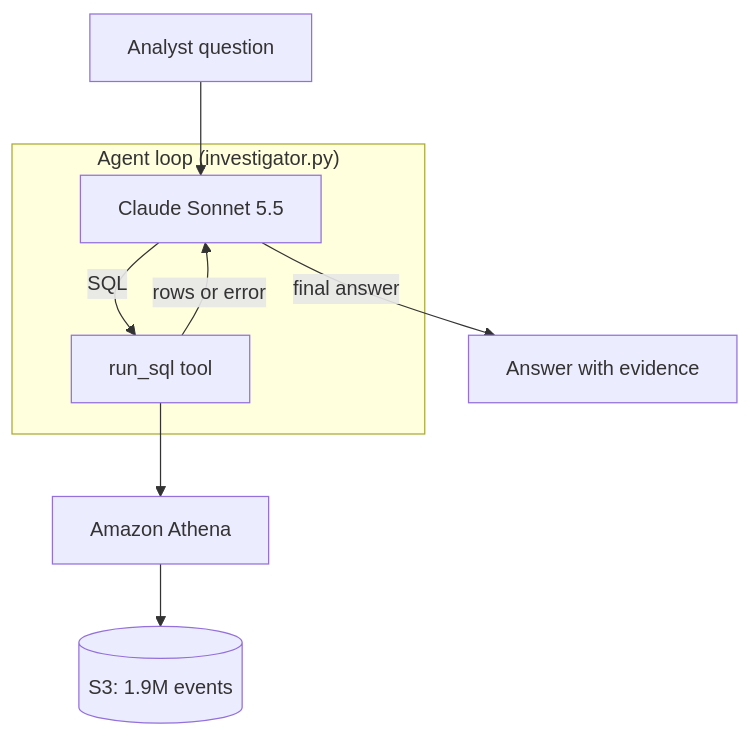
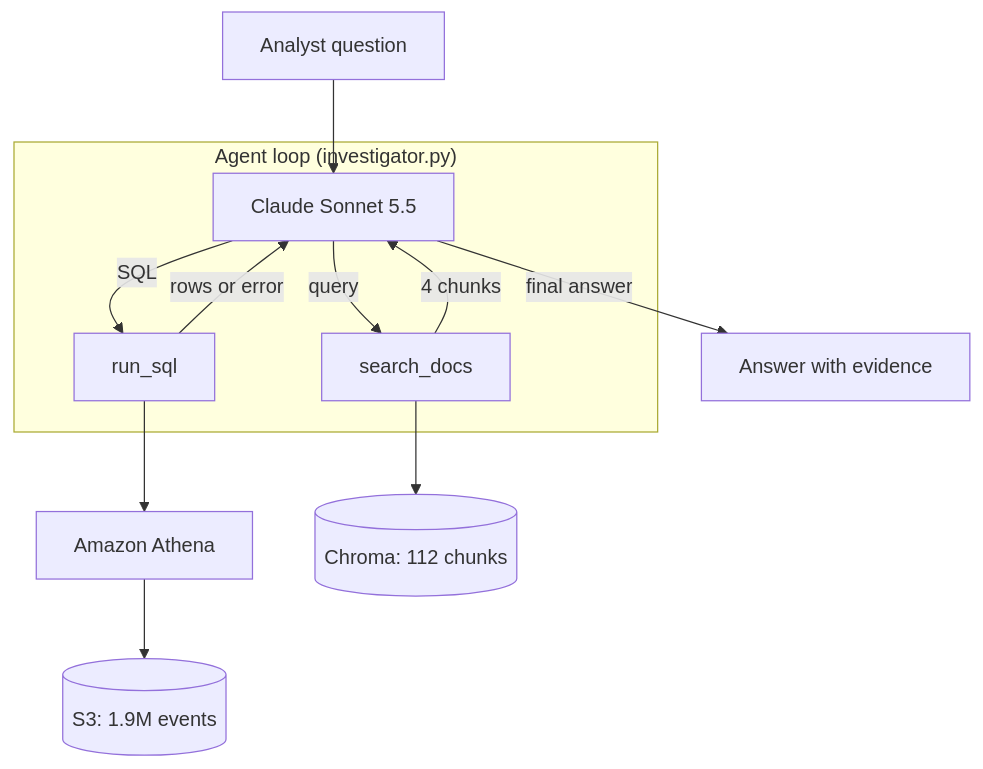
One commit to Iditc/cloudtrail-ai-investigator changed the first of 2 diagrams in README.md. Above: the diagram before and after it, drawn with Mermaid. The commit also changed other lines of this file, not shown here.

Commit message:
README: days 4-5 (RAG, MCP server) and updated diagram

````diff
--- a/README.md
+++ b/README.md
@@ -58,13 +58,16 @@
 ```mermaid
 flowchart TB
     Q["Analyst question"] --> C
 
     subgraph LOOP["Agent loop (investigator.py)"]
-        C["Claude Sonnet 5.5"] -- "SQL" --> T["run_sql tool"]
+        C["Claude Sonnet 5.5"] -- "SQL" --> T["run_sql"]
         T -- "rows or error" --> C
+        C -- "query" --> R["search_docs"]
+        R -- "4 chunks" --> C
     end
 
     T --> ATH["Amazon Athena"]
     ATH --> S3[("S3: 1.9M events")]
+    R --> V[("Chroma: 112 chunks")]
     C -- "final answer" --> A["Answer with evidence"]
 ```
````
